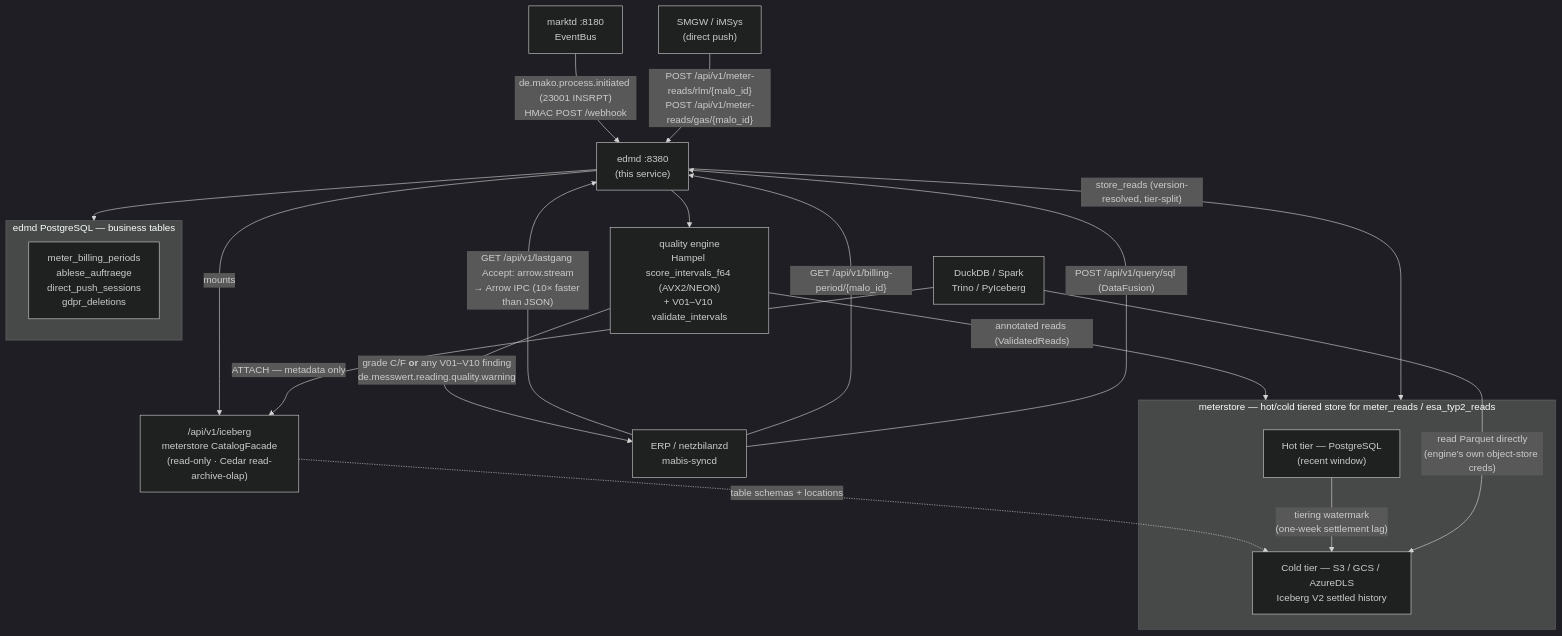
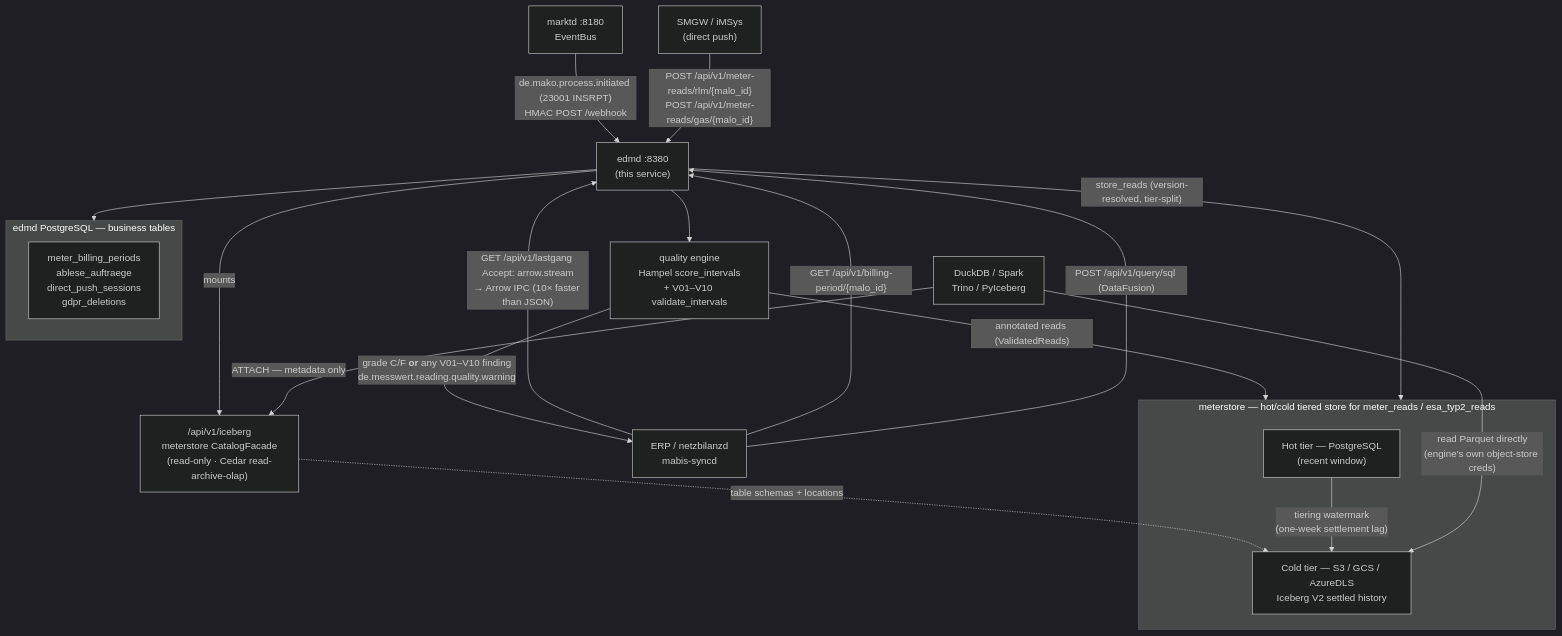
Before and after one commit to hupe1980/mako: the first of 4 diagrams in site/content/docs/services/edmd.md, drawn with Mermaid (dark theme). The commit also changed other lines of this file and 56 other files, not shown here.

````diff
--- a/site/content/docs/services/edmd.md
+++ b/site/content/docs/services/edmd.md
@@ -44,36 +54,36 @@
 ```mermaid
 graph TB
     marktd["marktd :8180<br/>EventBus"]
     smgw["SMGW / iMSys<br/>(direct push)"]
     edmd["edmd :8380<br/>(this service)"]
 
     subgraph store["meterstore — hot/cold tiered store for meter_reads / esa_typ2_reads"]
         hot["Hot tier — PostgreSQL<br/>(recent window)"]
         cold["Cold tier — S3 / GCS / AzureDLS<br/>Iceberg V2 settled history"]
     end
 
     subgraph edmdpg["edmd PostgreSQL — business tables"]
         biz["meter_billing_periods<br/>ablese_auftraege<br/>direct_push_sessions<br/>gdpr_deletions"]
     end
 
     erp["ERP / netzbilanzd<br/>mabis-syncd"]
     duckdb["DuckDB / Spark<br/>Trino / PyIceberg"]
     catalog["/api/v1/iceberg<br/>meterstore CatalogFacade<br/>(read-only · Cedar read-archive-olap)"]
-    qa["quality engine<br/>Hampel score_intervals_f64 (AVX2/NEON)<br/>+ V01–V10 validate_intervals"]
+    qa["quality engine<br/>Hampel score_intervals<br/>+ V01–V10 validate_intervals"]
 
     marktd -->|"de.mako.process.initiated (23001 INSRPT)<br/>HMAC POST /webhook"| edmd
     smgw -->|"POST /api/v1/meter-reads/rlm/{malo_id}<br/>POST /api/v1/meter-reads/gas/{malo_id}"| edmd
     edmd --> qa
     qa -->|"annotated reads (ValidatedReads)"| store
     qa -->|"grade C/F <b>or</b> any V01–V10 finding<br/>de.messwert.reading.quality.warning"| erp
     edmd -->|"store_reads (version-resolved, tier-split)"| store
     edmd --> edmdpg
     edmd -->|"mounts"| catalog
     catalog -.->|"table schemas + locations"| cold
     hot -->|"tiering watermark<br/>(one-week settlement lag)"| cold
     erp -->|"GET /api/v1/lastgang Accept: arrow.stream<br/>→ Arrow IPC (10× faster than JSON)"| edmd
     erp -->|"GET /api/v1/billing-period/{malo_id}"| edmd
     erp -->|"POST /api/v1/query/sql (DataFusion)"| edmd
     duckdb -->|"ATTACH — metadata only"| catalog
     duckdb -->|"read Parquet directly<br/>(engine's own object-store creds)"| cold
 ```
````
